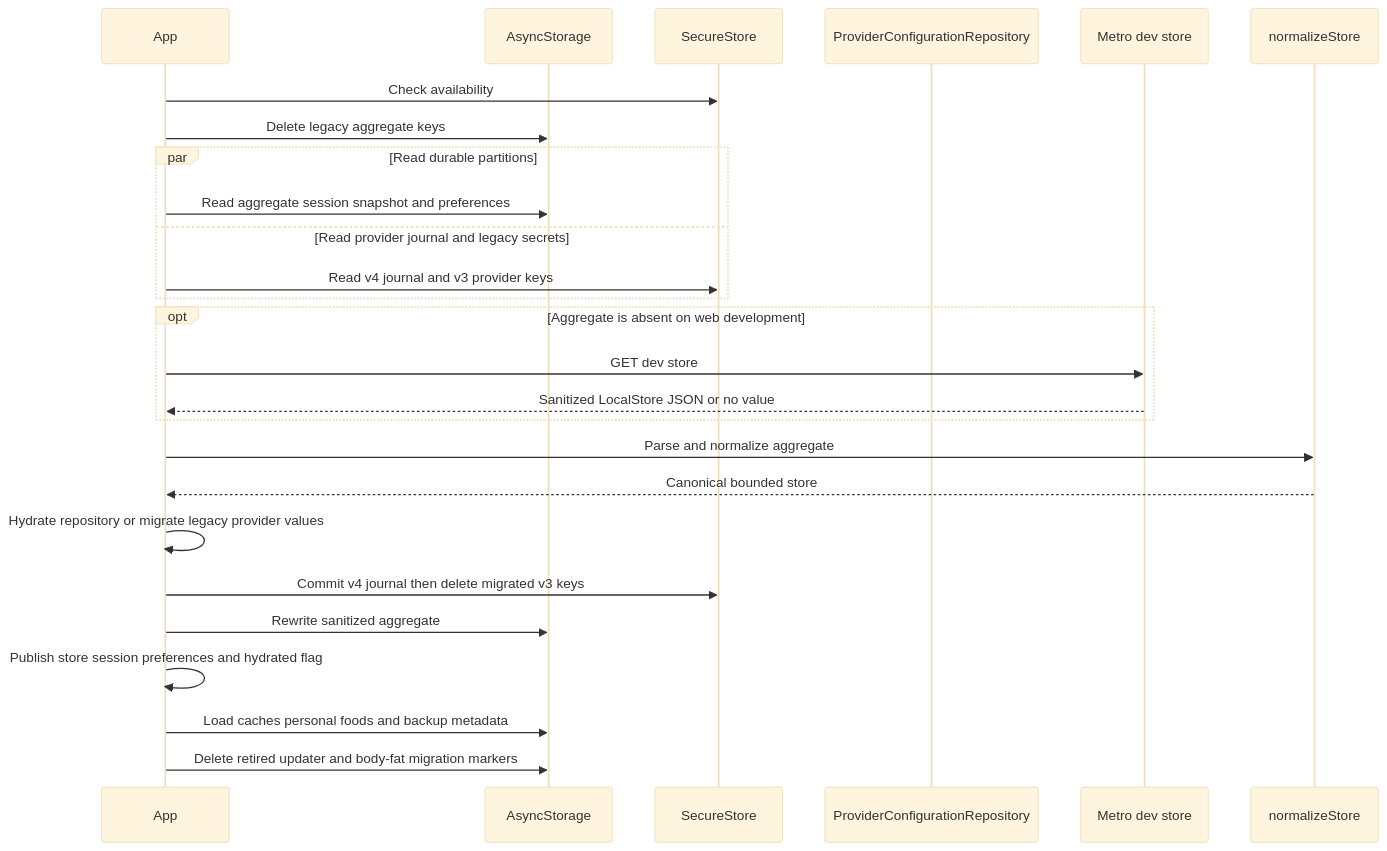
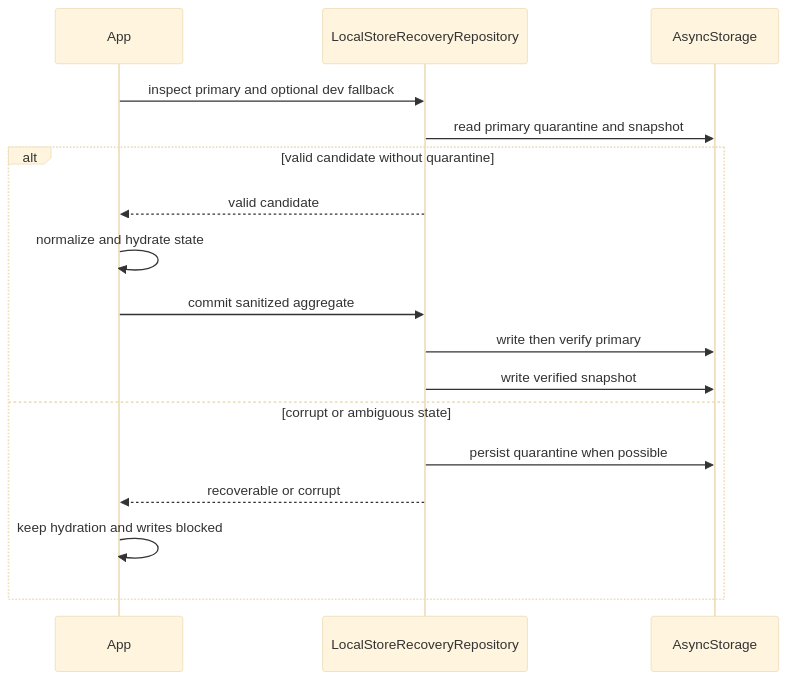
One commit to maximofn/gymnasia changed the diagram in openwiki/mobile/local-state-and-backup.md. Above: the diagram before and after it, drawn with Mermaid (base theme). The commit also changed other lines of this file and 24 other files, not shown here.

````diff
--- a/openwiki/mobile/local-state-and-backup.md
+++ b/openwiki/mobile/local-state-and-backup.md
@@ -99,28 +78,19 @@
 ```mermaid
 sequenceDiagram
     participant App
-    participant AS as AsyncStorage
-    participant SS as SecureStore
-    participant Repo as ProviderConfigurationRepository
-    participant Dev as Metro dev store
-    participant Norm as normalizeStore
-    App->>SS: Check availability
-    App->>AS: Delete legacy aggregate keys
-    par Read durable partitions
-        App->>AS: Read aggregate session snapshot and preferences
-    and Read provider journal and legacy secrets
-        App->>SS: Read v4 journal and v3 provider keys
+    participant Recovery as LocalStoreRecoveryRepository
+    participant Store as AsyncStorage
+    App->>Recovery: inspect primary and optional dev fallback
+    Recovery->>Store: read primary quarantine and snapshot
+    alt valid candidate without quarantine
+        Recovery-->>App: valid candidate
+        App->>App: normalize and hydrate state
+        App->>Recovery: commit sanitized aggregate
+        Recovery->>Store: write then verify primary
+        Recovery->>Store: write verified snapshot
+    else corrupt or ambiguous state
+        Recovery->>Store: persist quarantine when possible
+        Recovery-->>App: recoverable or corrupt
+        App->>App: keep hydration and writes blocked
     end
-    opt Aggregate is absent on web development
-        App->>Dev: GET dev store
-        Dev-->>App: Sanitized LocalStore JSON or no value
-    end
-    App->>Norm: Parse and normalize aggregate
-    Norm-->>App: Canonical bounded store
-    App->>App: Hydrate repository or migrate legacy provider values
-    App->>SS: Commit v4 journal then delete migrated v3 keys
-    App->>AS: Rewrite sanitized aggregate
-    App->>App: Publish store session preferences and hydrated flag
-    App->>AS: Load caches personal foods and backup metadata
-    App->>AS: Delete retired updater and body-fat migration markers
 ```
````
